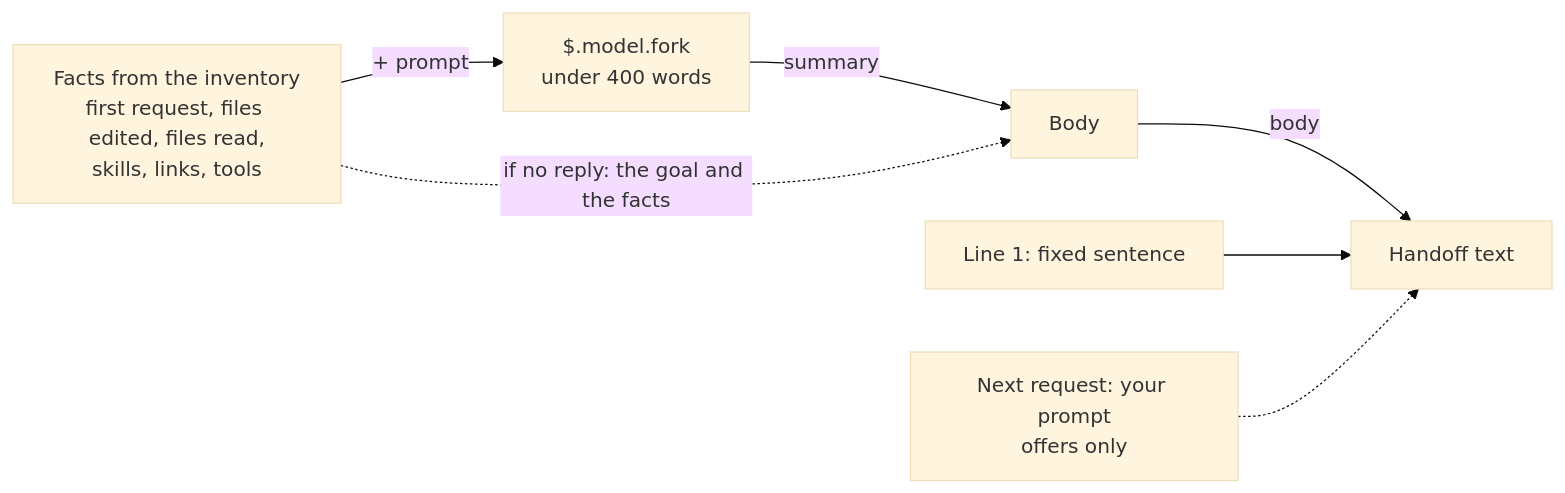
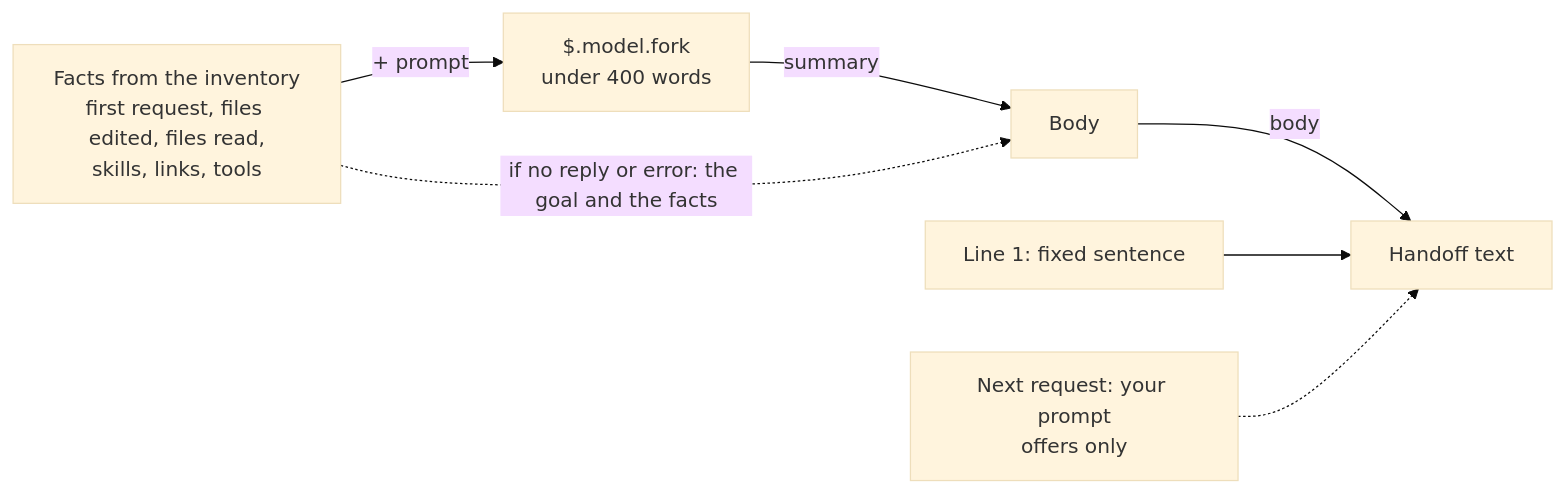
One commit to plaktoz/claude-mods changed the fourth of 4 diagrams in mods/handoff/README.md. Above: the diagram before and after it, drawn with Mermaid (base theme). The commit also changed other lines of this file and 20 other files, not shown here.

````diff
--- a/mods/handoff/README.md
+++ b/mods/handoff/README.md
@@ -183,9 +183,9 @@
 ```mermaid
 flowchart LR
     I["Facts from the inventory<br/>first request, files edited, files read,<br/>skills, links, tools"] -->|"+ prompt"| F["$.model.fork<br/>under 400 words"]
     F -->|"summary"| B["Body"]
-    I -.->|"if no reply: the goal and the facts"| B
+    I -.->|"if no reply or error: the goal and the facts"| B
     B -->|"body"| H["Handoff text"]
     L1["Line 1: fixed sentence"] --> H
     N["Next request: your prompt<br/>offers only"] -.-> H
 ```
````
